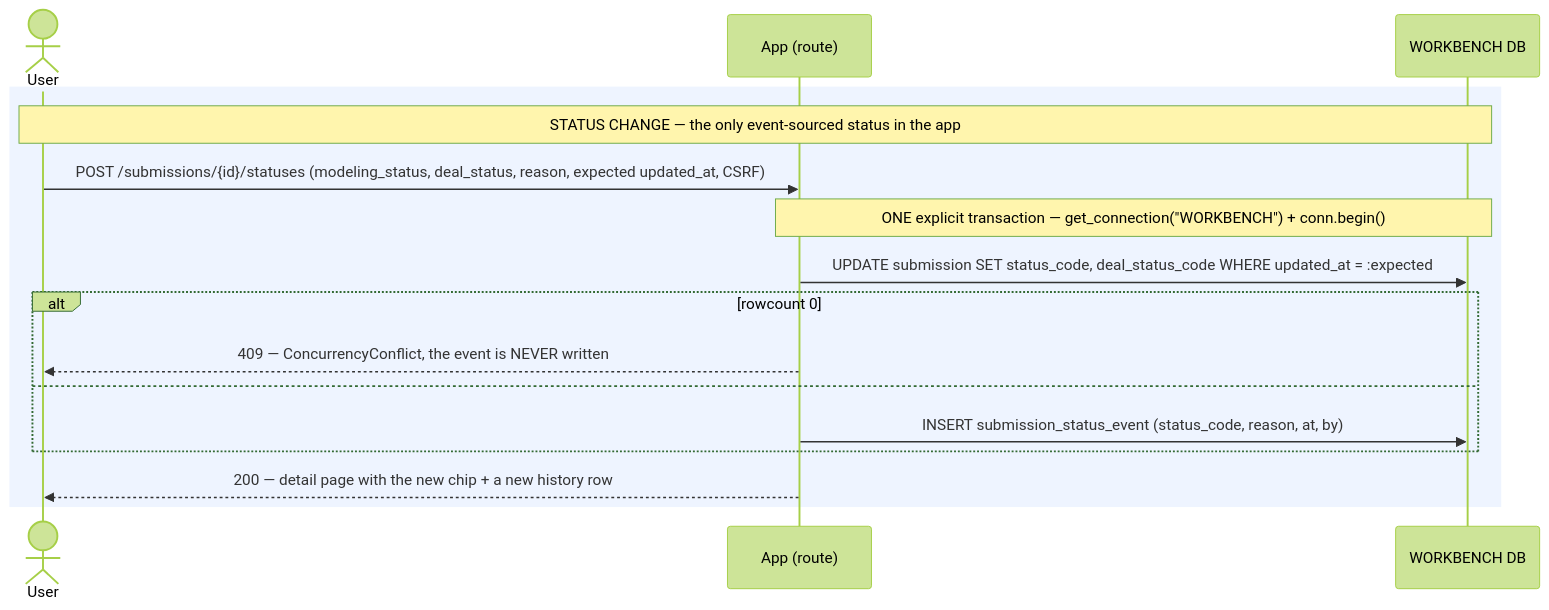
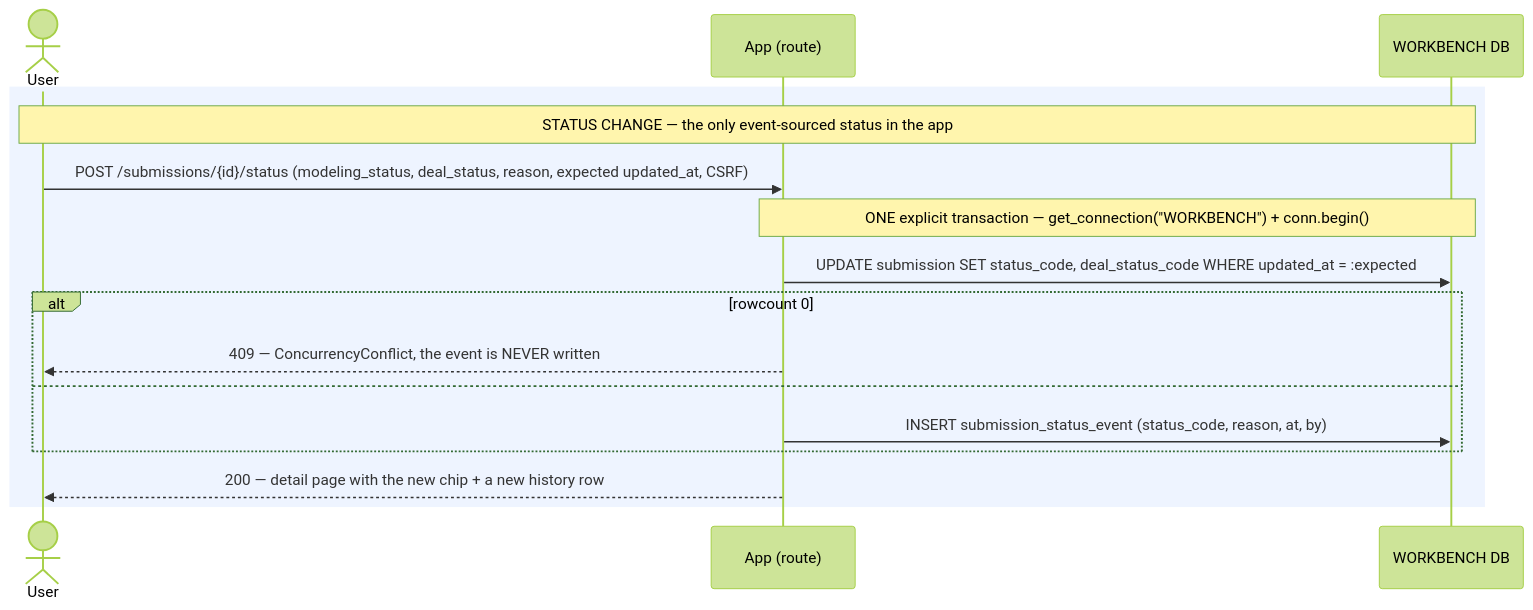
One commit to anilvenugopal/risk-workbench changed the first of 2 diagrams in docs/sequence_diagrams/submissions/manage_submission.md. Above: the diagram before and after it, drawn with Mermaid (forest theme). The commit also changed other lines of this file and 8 other files, not shown here.

First line of the commit message:
Rename set_statuses to set_status and the route to /status

````diff
--- a/docs/sequence_diagrams/submissions/manage_submission.md
+++ b/docs/sequence_diagrams/submissions/manage_submission.md
@@ -34,19 +34,19 @@
 ```mermaid
 sequenceDiagram
     actor User
     participant App as App (route)
     participant DB as WORKBENCH DB
 
     rect rgb(238,244,255)
         Note over User,DB: STATUS CHANGE — the only event-sourced status in the app
-        User->>App: POST /submissions/{id}/statuses (modeling_status, deal_status, reason, expected updated_at, CSRF)
+        User->>App: POST /submissions/{id}/status (modeling_status, deal_status, reason, expected updated_at, CSRF)
         Note over App,DB: ONE explicit transaction — get_connection("WORKBENCH") + conn.begin()
         App->>DB: UPDATE submission SET status_code, deal_status_code WHERE updated_at = :expected
         alt rowcount 0
             App-->>User: 409 — ConcurrencyConflict, the event is NEVER written
         else
             App->>DB: INSERT submission_status_event (status_code, reason, at, by)
         end
         App-->>User: 200 — detail page with the new chip + a new history row
     end
 ```
````
